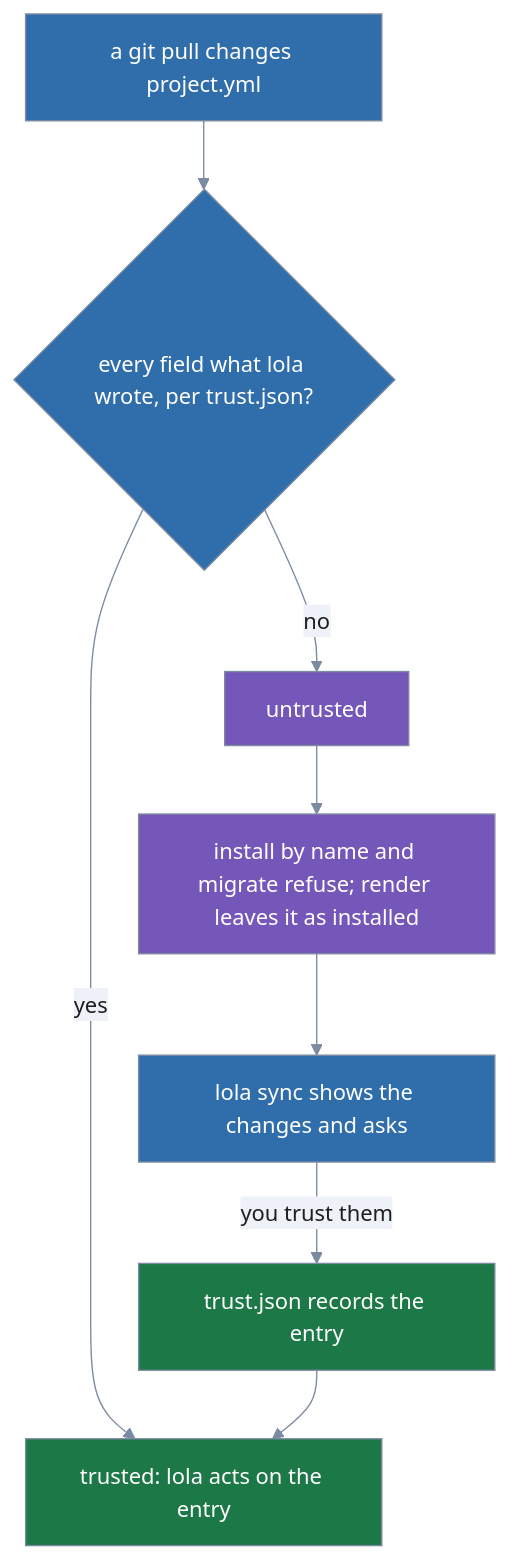
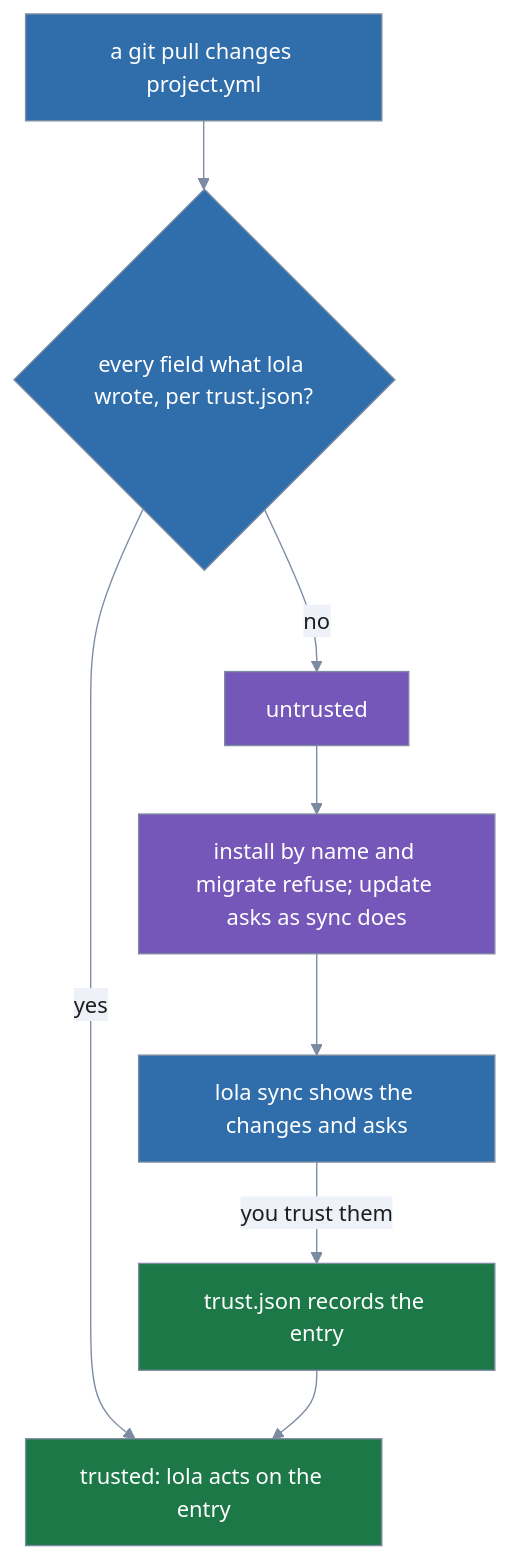
Before and after one commit to trevor-vaughan/lola-go: the diagram in docs/usage.md, drawn with Mermaid. The commit also changed other lines of this file and 301 other files, not shown here.

````diff
--- a/docs/usage.md
+++ b/docs/usage.md
@@ -1032,32 +1378,32 @@
 ```mermaid
 %%{init: {'theme': 'base', 'themeVariables': {
   'primaryColor': '#2f6dab',
   'primaryTextColor': '#1e1e1e',
   'primaryBorderColor': '#7c8ba1',
   'lineColor': '#7c8ba1',
   'edgeLabelBackground': '#eef2f8',
   'tertiaryColor': 'transparent',
   'tertiaryTextColor': '#7c8ba1',
   'tertiaryBorderColor': '#7c8ba1',
   'clusterBkg': 'transparent',
   'clusterBorder': '#7c8ba1',
   'titleColor': '#7c8ba1',
   'noteBkgColor': '#eef2f8',
   'noteTextColor': '#1e1e1e',
   'fontFamily': 'system-ui, sans-serif'
 }, 'themeCSS': '.node .nodeLabel{color:#ffffff!important;fill:#ffffff!important;}'}}%%
 flowchart TD
   Pull[a git pull changes project.yml] --> Same{"every field what lola wrote, per trust.json?"}
   Same -->|yes| Trusted["trusted: lola acts on the entry"]
   Same -->|no| Untrusted[untrusted]
-  Untrusted --> Refuse["install by name and migrate refuse; render leaves it as installed"]
+  Untrusted --> Refuse["install by name and migrate refuse; update asks as sync does"]
   Refuse --> Sync[lola sync shows the changes and asks]
   Sync -->|you trust them| Record[trust.json records the entry]
   Record --> Trusted
   classDef sysA fill:#2f6dab,color:#ffffff,stroke:#7c8ba1
   classDef sysB fill:#1d7848,color:#ffffff,stroke:#7c8ba1
   classDef sysC fill:#7457b8,color:#ffffff,stroke:#7c8ba1
   class Pull,Same,Sync sysA
   class Trusted,Record sysB
   class Untrusted,Refuse sysC
 ```
````
